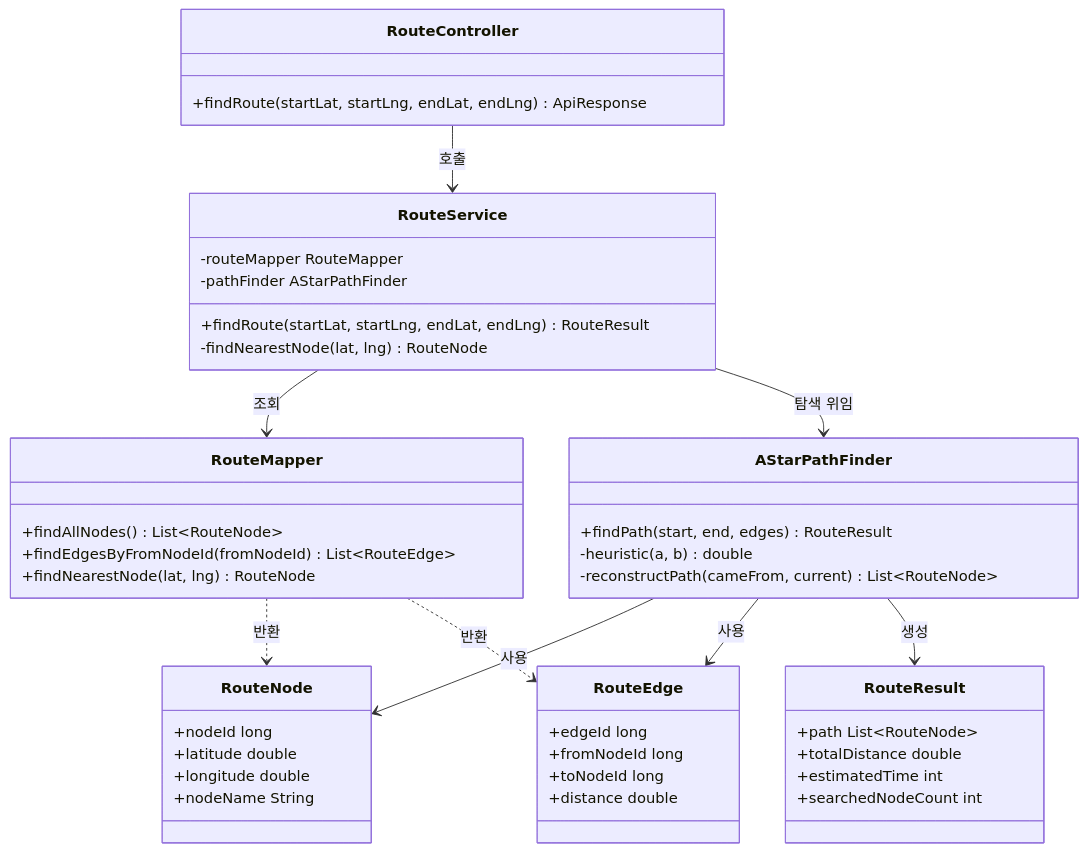
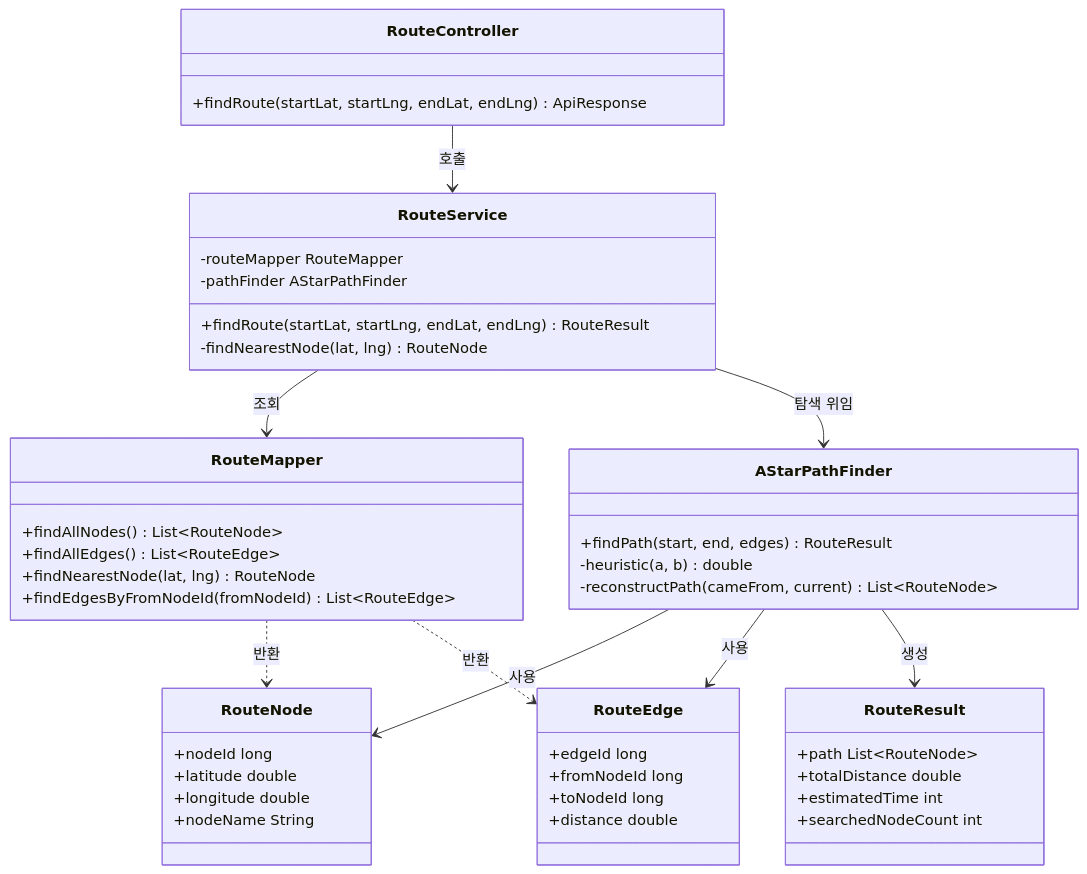
Before and after one commit to farewell-old-creaky-home-always-with-me/ssafy-pjt: the first of 2 diagrams in docs/06_backend/class-diagram.md, drawn with Mermaid. The commit also changed other lines of this file and 8 other files, not shown here.

````diff
--- a/docs/06_backend/class-diagram.md
+++ b/docs/06_backend/class-diagram.md
@@ -73,55 +73,56 @@
 ```mermaid
 classDiagram
     class RouteController {
         +findRoute(startLat, startLng, endLat, endLng) ApiResponse
     }
 
     class RouteService {
         -routeMapper RouteMapper
         -pathFinder AStarPathFinder
         +findRoute(startLat, startLng, endLat, endLng) RouteResult
         -findNearestNode(lat, lng) RouteNode
     }
 
     class RouteMapper {
         +findAllNodes() List~RouteNode~
+        +findAllEdges() List~RouteEdge~
+        +findNearestNode(lat, lng) RouteNode
         +findEdgesByFromNodeId(fromNodeId) List~RouteEdge~
-        +findNearestNode(lat, lng) RouteNode
     }
 
     class AStarPathFinder {
         +findPath(start, end, edges) RouteResult
         -heuristic(a, b) double
         -reconstructPath(cameFrom, current) List~RouteNode~
     }
 
     class RouteNode {
         +nodeId long
         +latitude double
         +longitude double
         +nodeName String
     }
 
     class RouteEdge {
         +edgeId long
         +fromNodeId long
         +toNodeId long
         +distance double
     }
 
     class RouteResult {
         +path List~RouteNode~
         +totalDistance double
         +estimatedTime int
         +searchedNodeCount int
     }
 
     RouteController --> RouteService : 호출
     RouteService --> RouteMapper : 조회
     RouteService --> AStarPathFinder : 탐색 위임
     AStarPathFinder --> RouteNode : 사용
     AStarPathFinder --> RouteEdge : 사용
     AStarPathFinder --> RouteResult : 생성
     RouteMapper ..> RouteNode : 반환
     RouteMapper ..> RouteEdge : 반환
 ```
````
